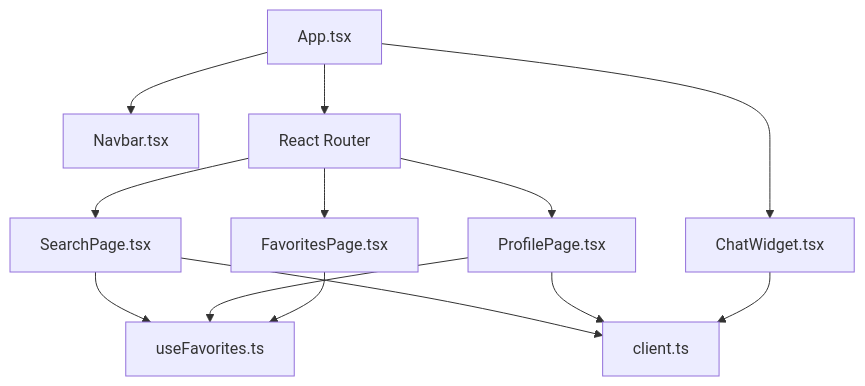
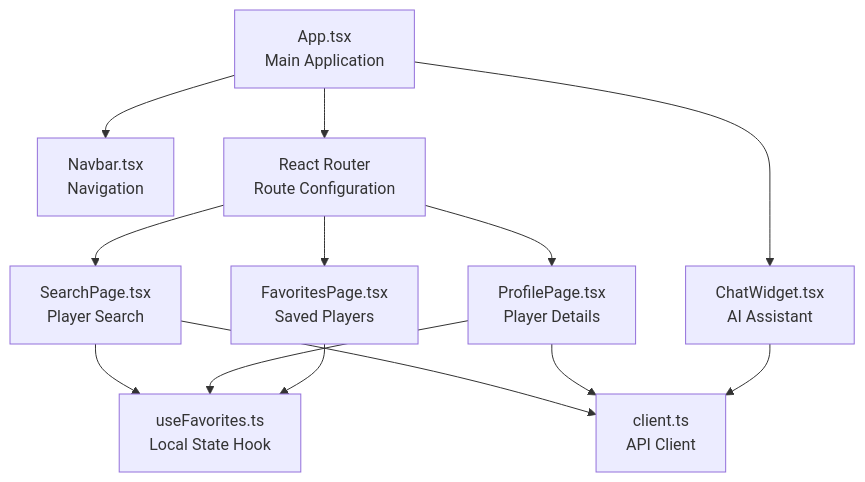
One commit to Ragnar1999/GoNow changed the fifth of 7 diagrams in .qoder/repowiki/en/content/Architecture Guide/Architecture Guide.md. Above: the diagram before and after it, drawn with Mermaid. The commit also changed other lines of this file and 10 other files, not shown here.

````diff
--- a/.qoder/repowiki/en/content/Architecture Guide/Architecture Guide.md
+++ b/.qoder/repowiki/en/content/Architecture Guide/Architecture Guide.md
@@ -329,15 +251,15 @@
 ```mermaid
 graph TD
-App["App.tsx"] --> Navbar["Navbar.tsx"]
-App --> Routes["React Router"]
-Routes --> SearchPage["SearchPage.tsx"]
-Routes --> ProfilePage["ProfilePage.tsx"]
-Routes --> FavoritesPage["FavoritesPage.tsx"]
-App --> ChatWidget["ChatWidget.tsx"]
-SearchPage --> useFavorites["useFavorites.ts"]
+App["App.tsx<br/>Main Application"] --> Navbar["Navbar.tsx<br/>Navigation"]
+App --> Routes["React Router<br/>Route Configuration"]
+Routes --> SearchPage["SearchPage.tsx<br/>Player Search"]
+Routes --> ProfilePage["ProfilePage.tsx<br/>Player Details"]
+Routes --> FavoritesPage["FavoritesPage.tsx<br/>Saved Players"]
+App --> ChatWidget["ChatWidget.tsx<br/>AI Assistant"]
+SearchPage --> useFavorites["useFavorites.ts<br/>Local State Hook"]
 ProfilePage --> useFavorites
 FavoritesPage --> useFavorites
-SearchPage --> APIClient["client.ts"]
+SearchPage --> APIClient["client.ts<br/>API Client"]
 ProfilePage --> APIClient
 ChatWidget --> APIClient
 ```
````
